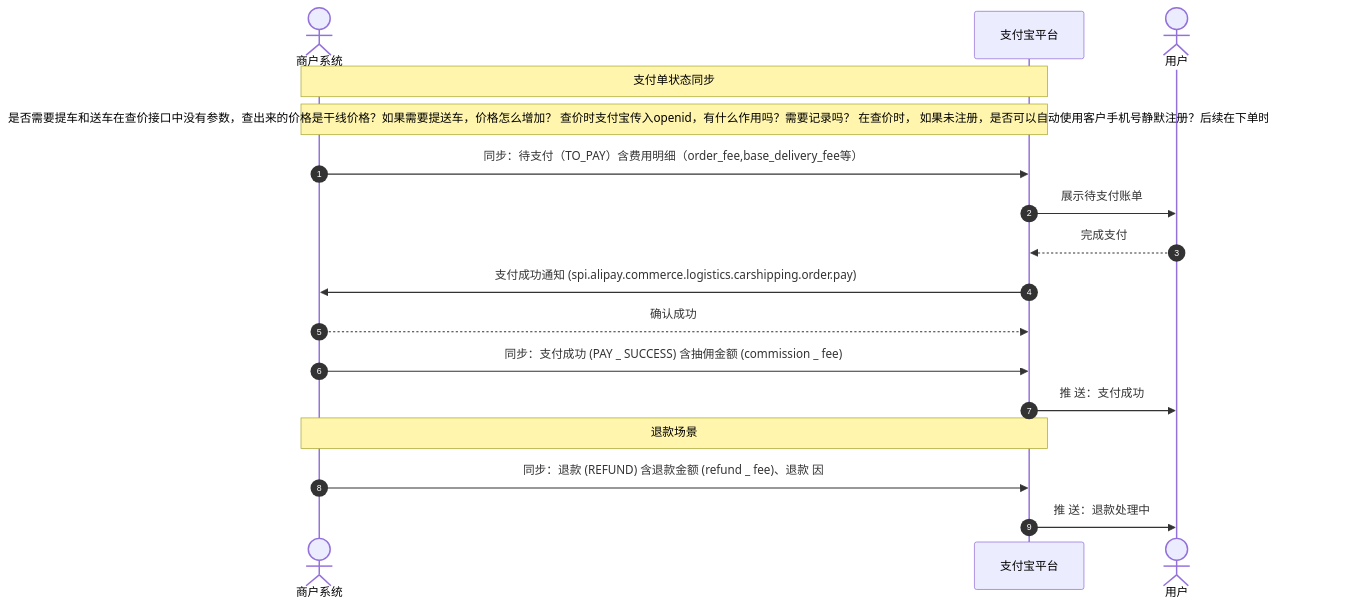
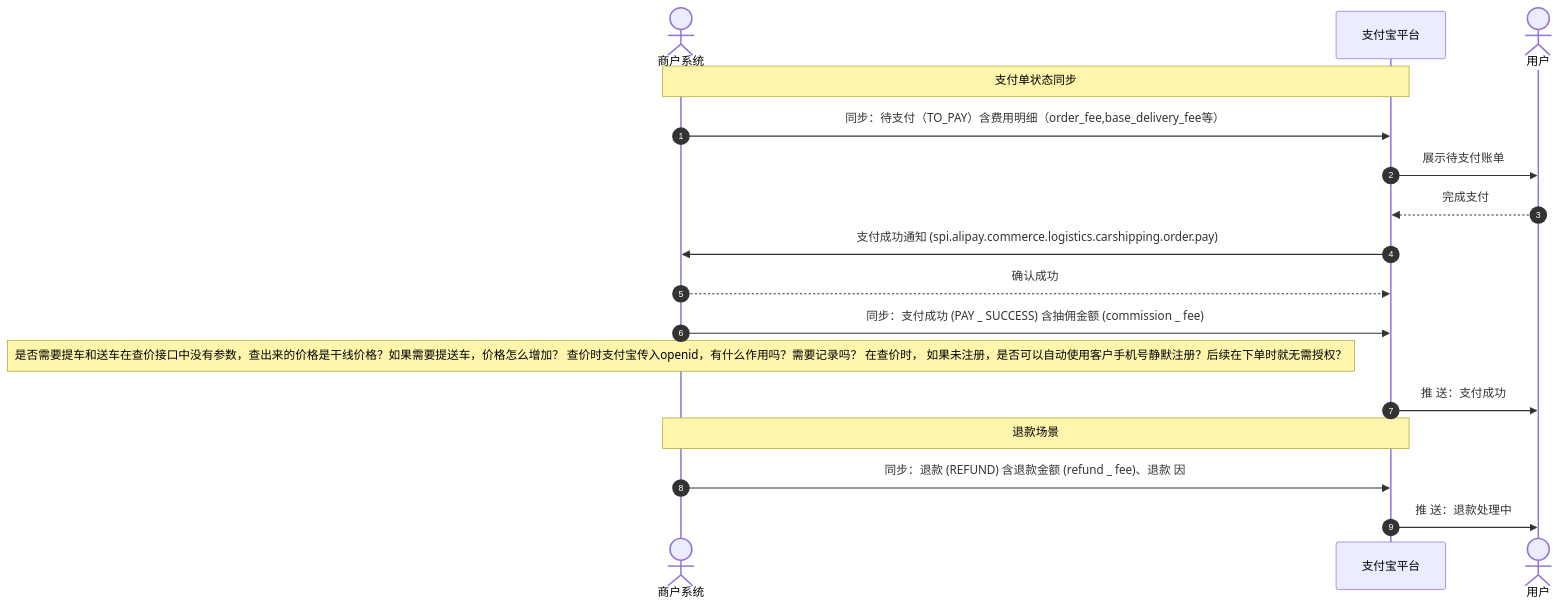
One commit to pingpm/mermaid_vault changed the diagram in mmd/支付单状态同步时序_b3042cb3-08c1-43b5-b440-32d3f6443821.mmd. Above: the diagram before and after it, drawn with Mermaid. The commit also changed 2 other files, not shown here.

Commit message:
Sync Mermaid Studio data (15 diagrams)

```diff
--- a/mmd/支付单状态同步时序_b3042cb3-08c1-43b5-b440-32d3f6443821.mmd
+++ b/mmd/支付单状态同步时序_b3042cb3-08c1-43b5-b440-32d3f6443821.mmd
@@ -1,17 +1,17 @@
 sequenceDiagram
   autonumber
   actor p0 as 商户系统
   participant p1 as ⽀付宝平台
   actor p2 as 用户
   Note over p0,p1: ⽀付单状态同步
-  Note over p0,p1: 是否需要提车和送车在查价接口中没有参数，查出来的价格是干线价格？如果需要提送车，价格怎么增加？ 查价时支付宝传入openid，有什么作用吗？需要记录吗？ 在查价时， 如果未注册，是否可以自动使用客户手机号静默注册？后续在下单时就无需授权？
   p0->>p1: 同步：待支付（TO_PAY）含费用明细（order_fee,base_delivery_fee等）
   p1->>p2: 展示待⽀付账单
   p2-->>p1: 完成⽀付
   p1->>p0: ⽀付成功通知 (spi.alipay.commerce.logistics.carshipping.order.pay)
   p0-->>p1: 确认成功
   p0->>p1: 同步：⽀付成功 (PAY _ SUCCESS) 含抽佣⾦额 (commission _ fee)
+  Note over p0: 是否需要提车和送车在查价接口中没有参数，查出来的价格是干线价格？如果需要提送车，价格怎么增加？ 查价时支付宝传入openid，有什么作用吗？需要记录吗？ 在查价时， 如果未注册，是否可以自动使用客户手机号静默注册？后续在下单时就无需授权？
   p1->>p2: 推 送：⽀付成功
   Note over p0,p1: 退款场景
   p0->>p1: 同步：退款 (REFUND) 含退款⾦额 (refund _ fee)、退款 因
   p1->>p2: 推 送：退款处理中
```
